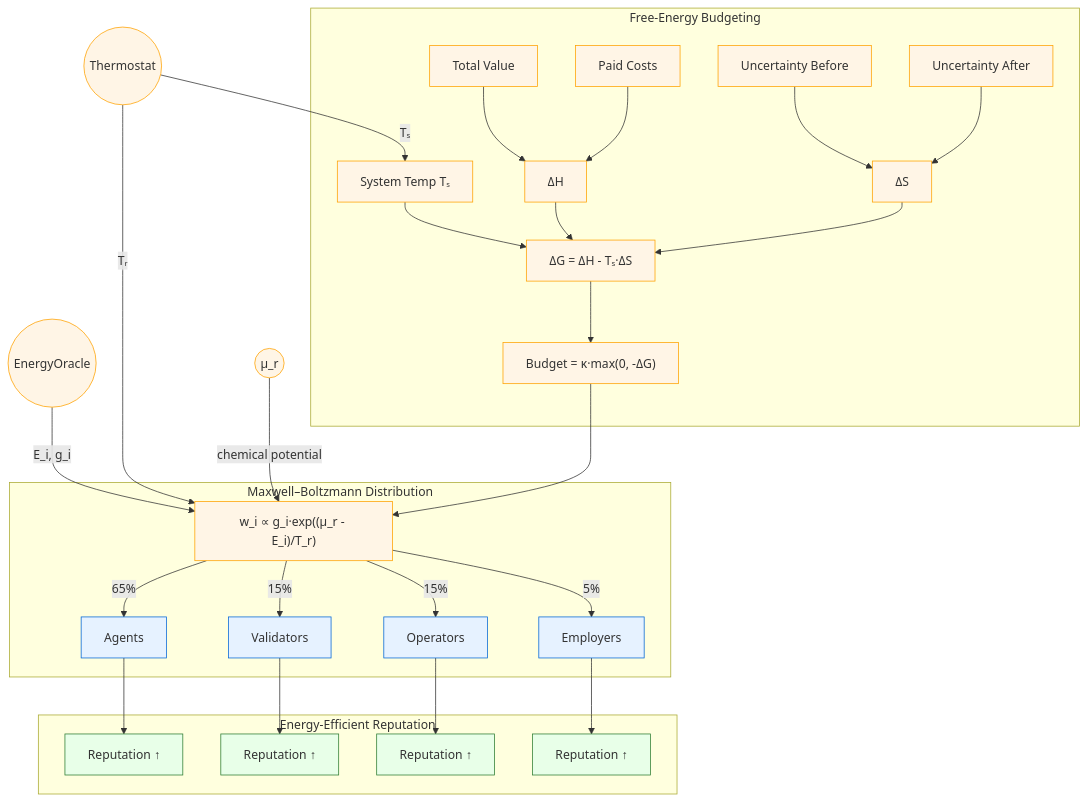
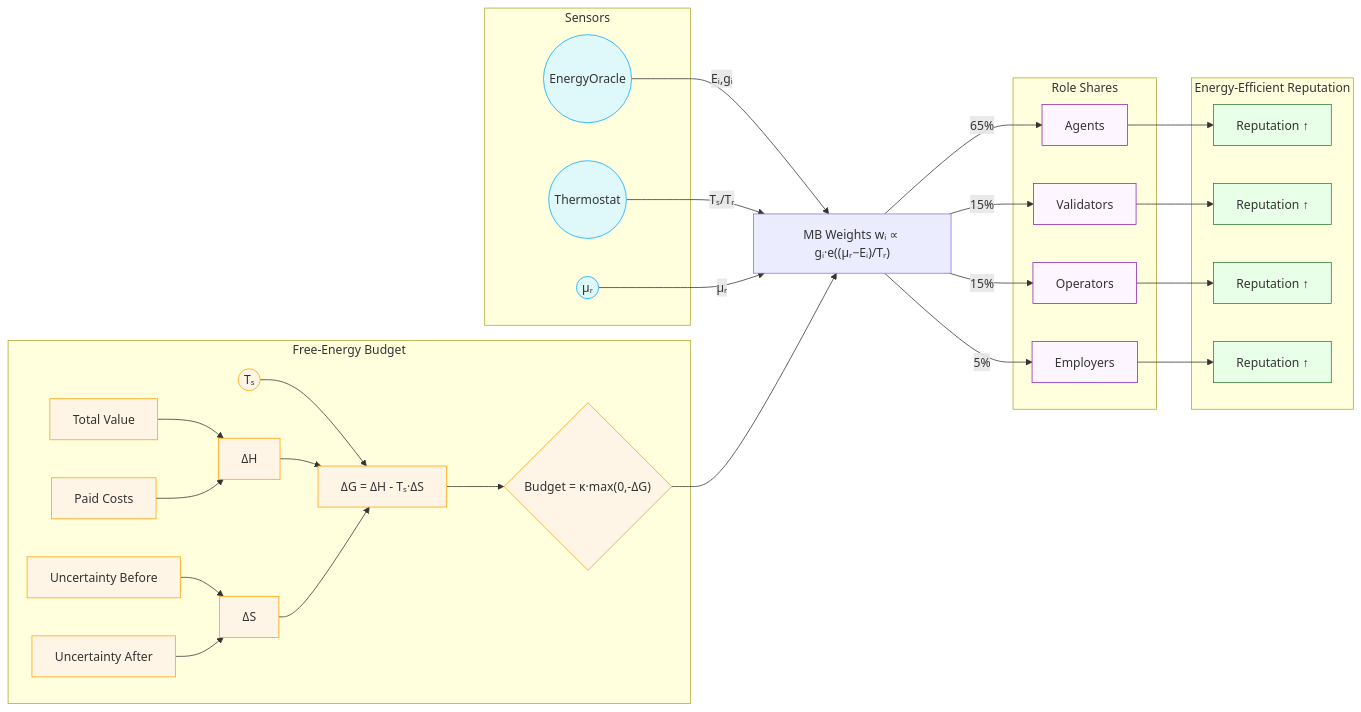
One commit to MontrealAI/AGIJobsv0 changed the first of 3 diagrams in README.md. Above: the diagram before and after it, drawn with Mermaid. The commit also changed 1 other file, not shown here.

Commit message:
docs: enhance thermodynamic incentive diagrams

````diff
--- a/README.md
+++ b/README.md
@@ -58,42 +58,55 @@
 ```mermaid
-flowchart TB
-    %% Thermodynamic free-energy budgeting and allocation
-    EO((EnergyOracle)) -- "E_i, g_i" --> weights
-    TH((Thermostat)) -- Tₛ --> T
-    TH -- Tᵣ --> weights
-    Mu((μ_r)) -- "chemical potential" --> weights
+flowchart LR
+    %% Thermodynamic budgeting → MB weights → role rewards → reputation
 
-    subgraph Budgeting["Free-Energy Budgeting"]
+    subgraph Inputs["Sensors"]
+        EO((EnergyOracle))
+        TH((Thermostat))
+        MU((μᵣ))
+    end
+
+    subgraph Budget["Free‑Energy Budget"]
         V[Total Value] --> dH["ΔH"]
         C[Paid Costs] --> dH
-        Upre[Uncertainty Before] --> dS["ΔS"]
-        Upost[Uncertainty After] --> dS
-        T[System Temp Tₛ] --> dG["ΔG = ΔH - Tₛ·ΔS"]
+        U0[Uncertainty Before] --> dS["ΔS"]
+        U1[Uncertainty After] --> dS
+        T((Tₛ)) --> dG["ΔG = ΔH - Tₛ·ΔS"]
         dH --> dG
         dS --> dG
-        dG --> budget["Budget = κ·max(0, -ΔG)"]
+        dG --> B{"Budget = κ·max(0,-ΔG)"}
     end
 
-    subgraph MB["Maxwell–Boltzmann Distribution"]
-        budget --> weights["w_i ∝ g_i·exp((μ_r - E_i)/T_r)"]
-        weights -->|65%| Agents[Agents]
-        weights -->|15%| Validators[Validators]
-        weights -->|15%| Operators[Operators]
-        weights -->|5%| Employers[Employers]
+    EO -- "Eᵢ,gᵢ" --> MB["MB Weights wᵢ ∝ gᵢ·e((μᵣ−Eᵢ)/Tᵣ)"]
+    TH -- "Tₛ/Tᵣ" --> MB
+    MU -- "μᵣ" --> MB
+    B --> MB
+
+    subgraph Roles["Role Shares"]
+        A[Agents]
+        Vd[Validators]
+        O[Operators]
+        Em[Employers]
     end
 
+    MB -->|65%| A
+    MB -->|15%| Vd
+    MB -->|15%| O
+    MB -->|5%| Em
+
     subgraph Reputation["Energy‑Efficient Reputation"]
-        Agents --> RA["Reputation ↑"]
-        Validators --> RV["Reputation ↑"]
-        Operators --> RO["Reputation ↑"]
-        Employers --> RE["Reputation ↑"]
+        A --> RA["Reputation ↑"]
+        Vd --> RV["Reputation ↑"]
+        O --> RO["Reputation ↑"]
+        Em --> RE["Reputation ↑"]
     end
 
-    classDef thermo fill:#fff5e6,stroke:#ffa200,stroke-width:1px;
-    classDef role fill:#e6f2ff,stroke:#0366d6,stroke-width:1px;
+    classDef sensor fill:#dff9fb,stroke:#00a8ff,stroke-width:1px;
+    classDef budget fill:#fff5e6,stroke:#ffa200,stroke-width:1px;
+    classDef role fill:#fdf5ff,stroke:#8e24aa,stroke-width:1px;
     classDef rep fill:#e8ffe8,stroke:#2e7d32,stroke-width:1px;
 
-    class V,C,Upre,Upost,T,dH,dS,dG,budget,weights,EO,TH,Mu thermo;
-    class Agents,Validators,Operators,Employers role;
+    class EO,TH,MU sensor;
+    class V,C,U0,U1,T,dH,dS,dG,B budget;
+    class A,Vd,O,Em role;
     class RA,RV,RO,RE rep;
 ```
````
